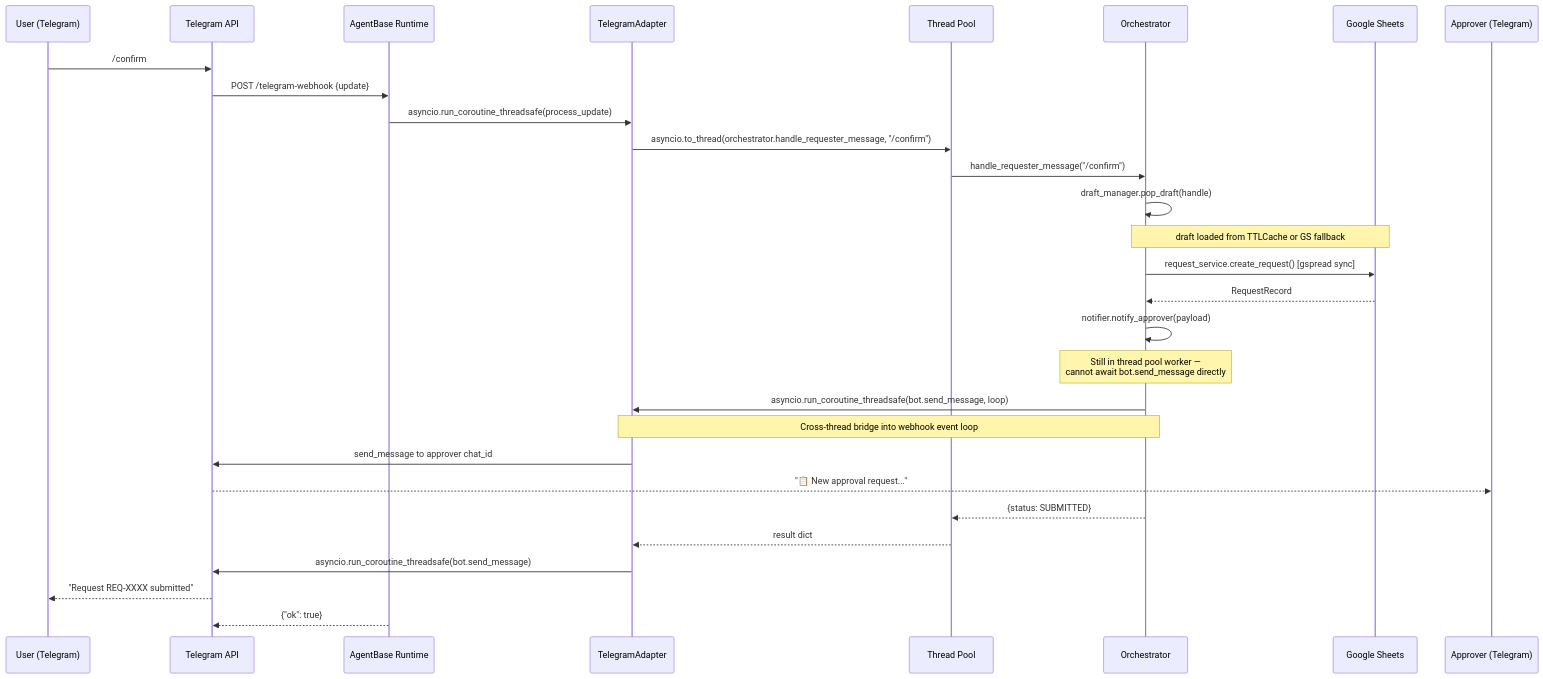
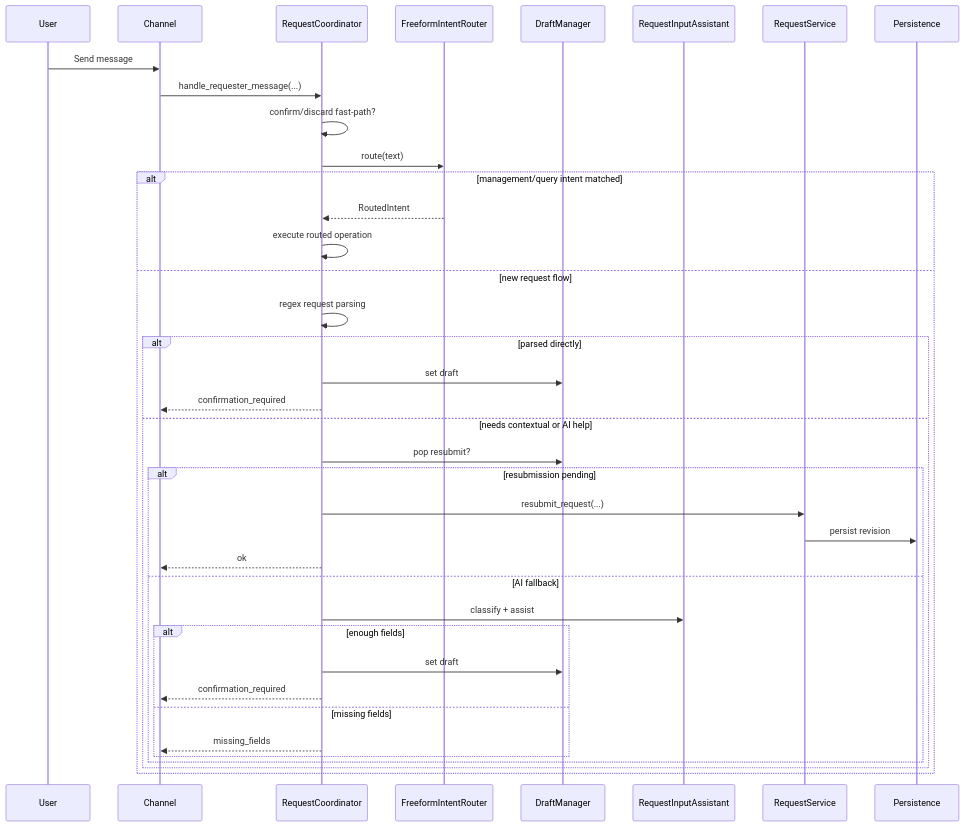
Before and after one commit to nhnhat1208/marker-checker: the second of 4 diagrams in docs/technical-design/architecture-diagrams.md, drawn with Mermaid. The commit also changed other lines of this file and 10 other files, not shown here.

````diff
--- a/docs/technical-design/architecture-diagrams.md
+++ b/docs/technical-design/architecture-diagrams.md
@@ -96,32 +56,41 @@
 ```mermaid
 sequenceDiagram
-    participant U as User (Telegram)
-    participant TGAPI as Telegram API
-    participant AB as AgentBase Runtime
-    participant ADPT as TelegramAdapter
-    participant TP as Thread Pool
-    participant ORCH as Orchestrator
-    participant GS as Google Sheets
-    participant APRVR as Approver (Telegram)
+    participant U as User
+    participant C as Channel
+    participant O as RequestCoordinator
+    participant R as FreeformIntentRouter
+    participant D as DraftManager
+    participant A as RequestInputAssistant
+    participant S as RequestService
+    participant P as Persistence
 
-    U->>TGAPI: /confirm
-    TGAPI->>AB: POST /telegram-webhook {update}
-    AB->>ADPT: asyncio.run_coroutine_threadsafe(process_update)
-    ADPT->>TP: asyncio.to_thread(orchestrator.handle_requester_message, "/confirm")
-    TP->>ORCH: handle_requester_message("/confirm")
-    ORCH->>ORCH: draft_manager.pop_draft(handle)
-    Note over ORCH,GS: draft loaded from TTLCache or GS fallback
-    ORCH->>GS: request_service.create_request() [gspread sync]
-    GS-->>ORCH: RequestRecord
-    ORCH->>ORCH: notifier.notify_approver(payload)
-    Note over ORCH: Still in thread pool worker —<br/>cannot await bot.send_message directly
-    ORCH->>ADPT: asyncio.run_coroutine_threadsafe(bot.send_message, loop)
-    Note over ORCH,ADPT: Cross-thread bridge into webhook event loop
-    ADPT->>TGAPI: send_message to approver chat_id
-    TGAPI-->>APRVR: "📋 New approval request..."
-    ORCH-->>TP: {status: SUBMITTED}
-    TP-->>ADPT: result dict
-    ADPT->>TGAPI: asyncio.run_coroutine_threadsafe(bot.send_message)
-    TGAPI-->>U: "Request REQ-XXXX submitted"
-    AB-->>TGAPI: {"ok": true}
+    U->>C: Send message
+    C->>O: handle_requester_message(...)
+    O->>O: confirm/discard fast-path?
+    O->>R: route(text)
+    alt management/query intent matched
+        R-->>O: RoutedIntent
+        O->>O: execute routed operation
+    else new request flow
+        O->>O: regex request parsing
+        alt parsed directly
+            O->>D: set draft
+            O-->>C: confirmation_required
+        else needs contextual or AI help
+            O->>D: pop resubmit?
+            alt resubmission pending
+                O->>S: resubmit_request(...)
+                S->>P: persist revision
+                O-->>C: ok
+            else AI fallback
+                O->>A: classify + assist
+                alt enough fields
+                    O->>D: set draft
+                    O-->>C: confirmation_required
+                else missing fields
+                    O-->>C: missing_fields
+                end
+            end
+        end
+    end
 ```
````
